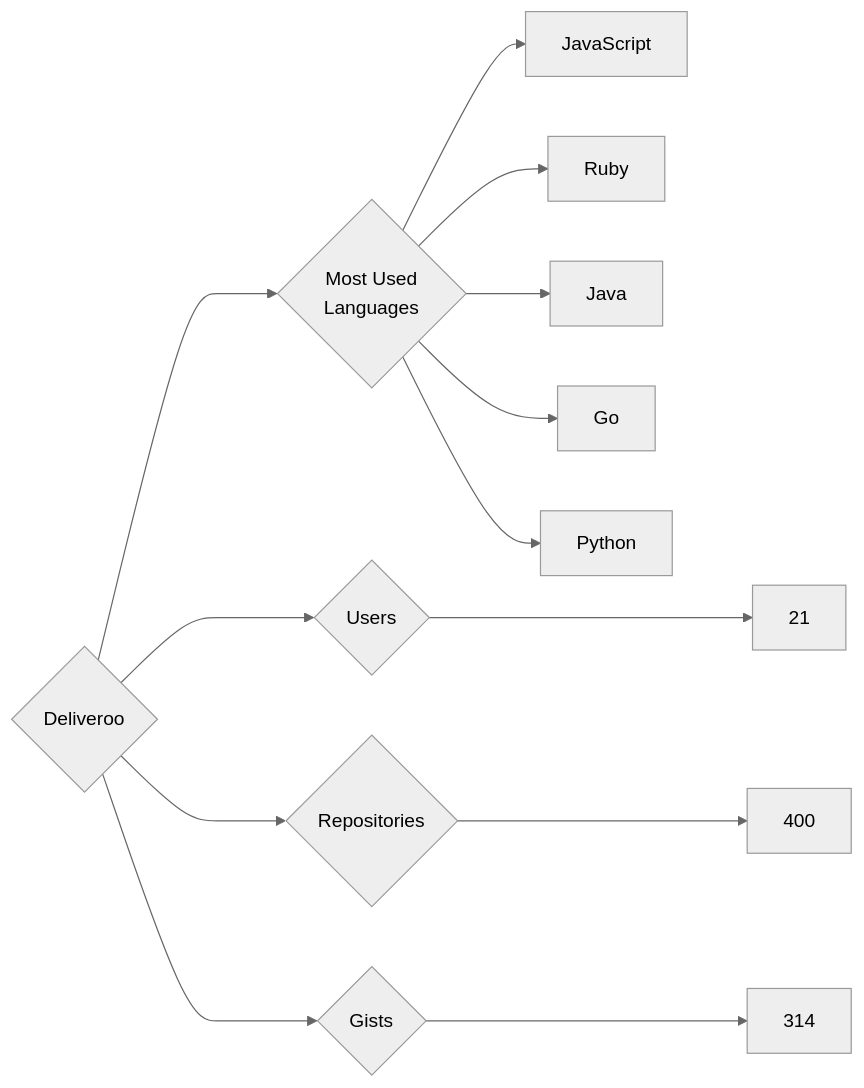
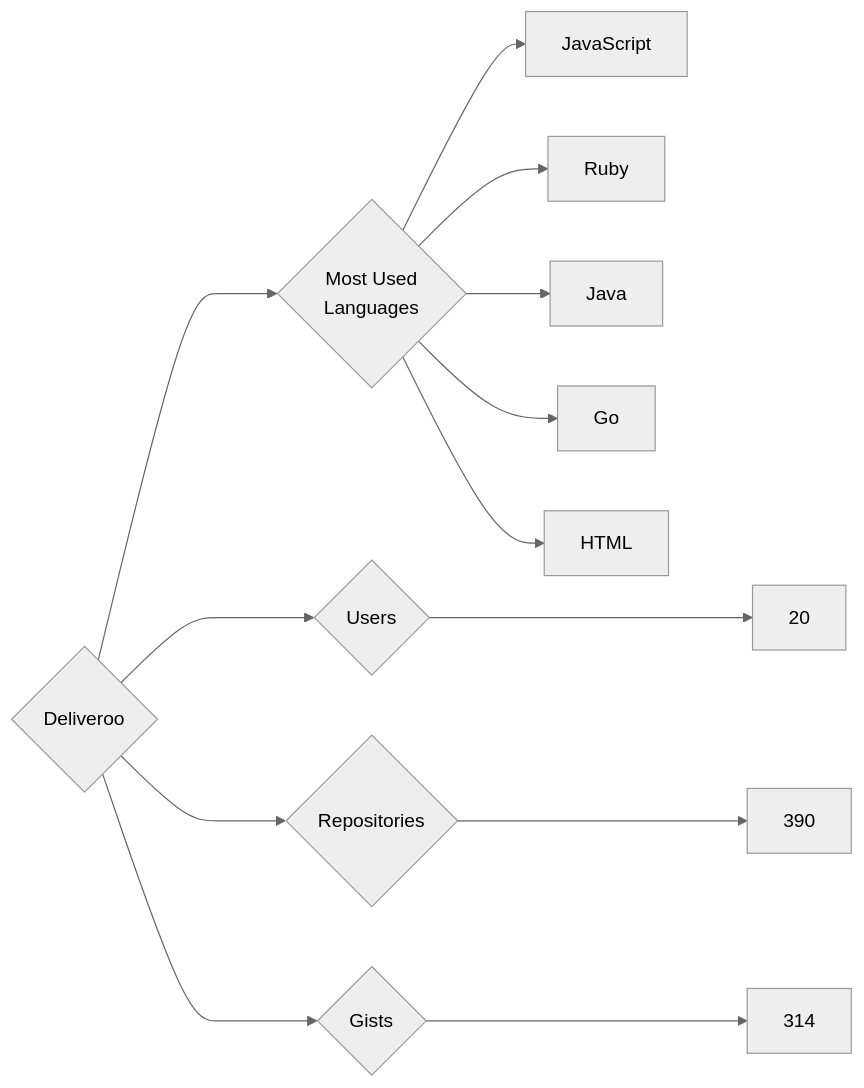
One commit to trickest/insiders changed the diagram in targets/Deliveroo/README.md. Above: the diagram before and after it, drawn with Mermaid (neutral theme). The commit also changed 1020 other files, not shown here.

````diff
--- a/targets/Deliveroo/README.md
+++ b/targets/Deliveroo/README.md
@@ -3,13 +3,13 @@
 ```mermaid
 graph LR
 COMPANY_NAME{Deliveroo}
-COMPANY_NAME ---> U{Users} ---> UN[21]
-COMPANY_NAME ---> R{Repositories} ---> RN[400]
+COMPANY_NAME ---> U{Users} ---> UN[20]
+COMPANY_NAME ---> R{Repositories} ---> RN[390]
 COMPANY_NAME ---> G{Gists} ---> GN[314]
 COMPANY_NAME ---> ML{Most Used<br>Languages}
 ML --> JavaScript[JavaScript]
 ML --> Ruby[Ruby]
 ML --> Java[Java]
 ML --> Go[Go]
-ML --> Python[Python]
+ML --> HTML[HTML]
 ```
````
